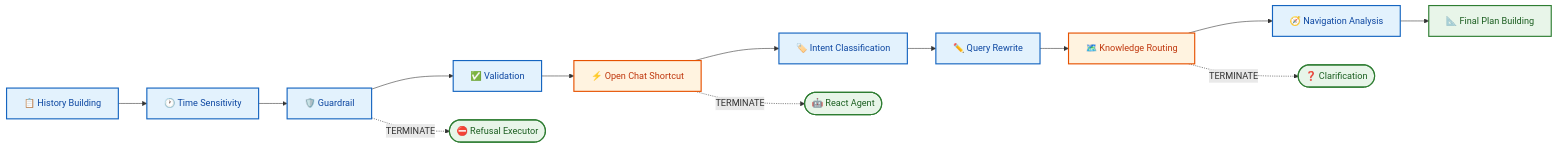
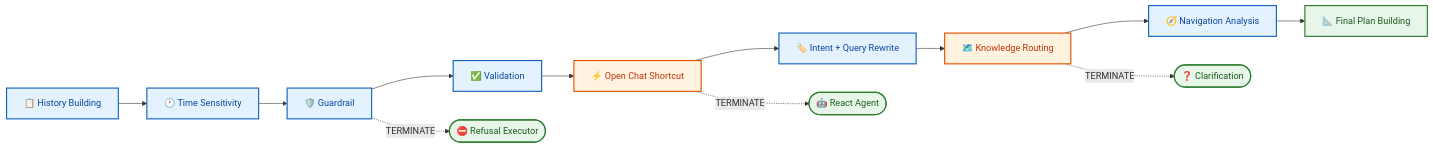
The first of 4 diagrams in README.md (zhentaozhang/pipeline-rag), drawn with Mermaid before and after one commit. The commit also changed other lines of this file, not shown here.

````diff
--- a/README.md
+++ b/README.md
@@ -53,23 +55,22 @@
 ```mermaid
 flowchart LR
     classDef stage fill:#e3f2fd,stroke:#1565c0,stroke-width:2px,color:#0d47a1
     classDef shortcut fill:#fff3e0,stroke:#e65100,stroke-width:2px,color:#bf360c
     classDef terminal fill:#e8f5e9,stroke:#2e7d32,stroke-width:2px,color:#1b5e20
 
     H[📋 History Building]:::stage
     T[🕐 Time Sensitivity]:::stage
     G[🛡️ Guardrail]:::stage
     V[✅ Validation]:::stage
     O[⚡ Open Chat Shortcut]:::shortcut
-    I[🏷️ Intent Classification]:::stage
-    Q[✏️ Query Rewrite]:::stage
+    Q[🏷️ Intent + Query Rewrite]:::stage
     K[🗺️ Knowledge Routing]:::shortcut
     N[🧭 Navigation Analysis]:::stage
     F[📐 Final Plan Building]:::terminal
 
-    H --> T --> G --> V --> O --> I --> Q --> K --> N --> F
+    H --> T --> G --> V --> O --> Q --> K --> N --> F
 
     G -.->|TERMINATE| R1([⛔ Refusal Executor]):::terminal
     O -.->|TERMINATE| R2([🤖 React Agent]):::terminal
     K -.->|TERMINATE| R3([❓ Clarification]):::terminal
 ```
````
